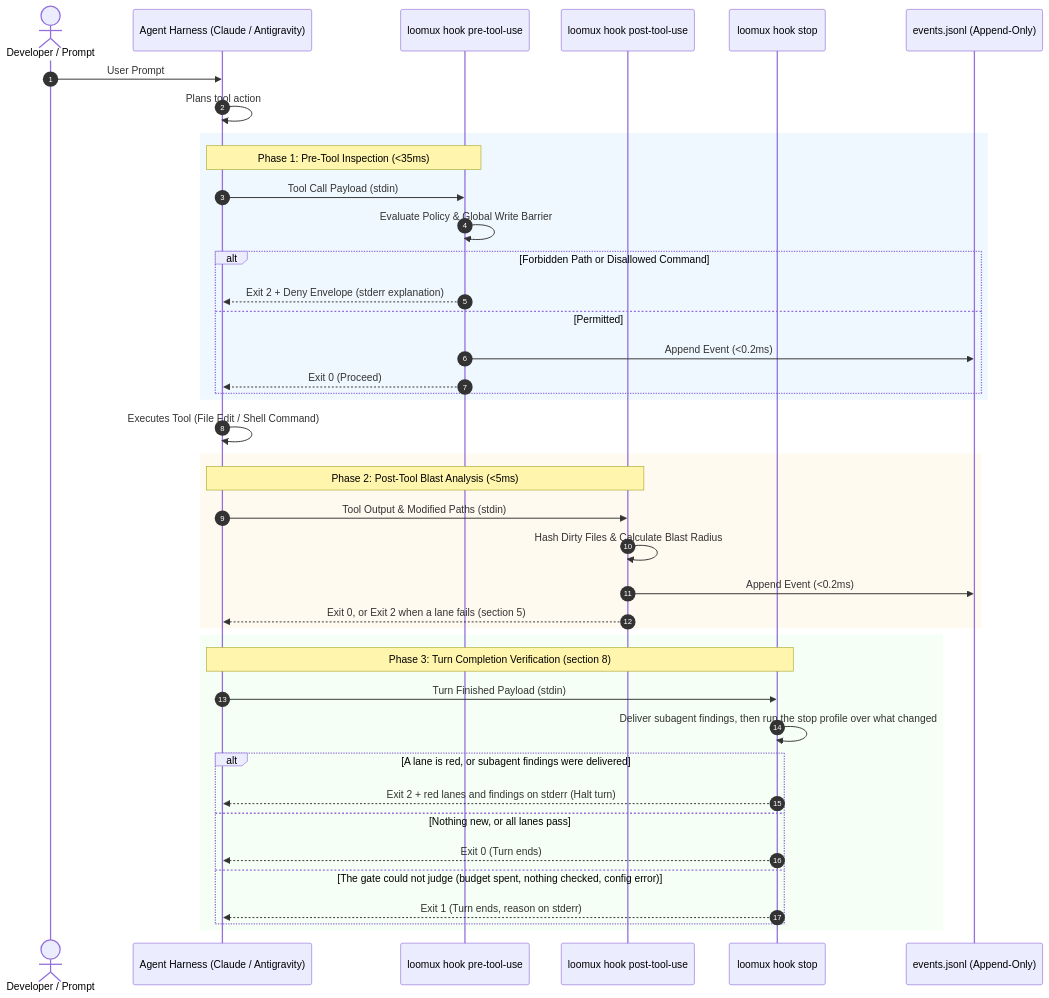
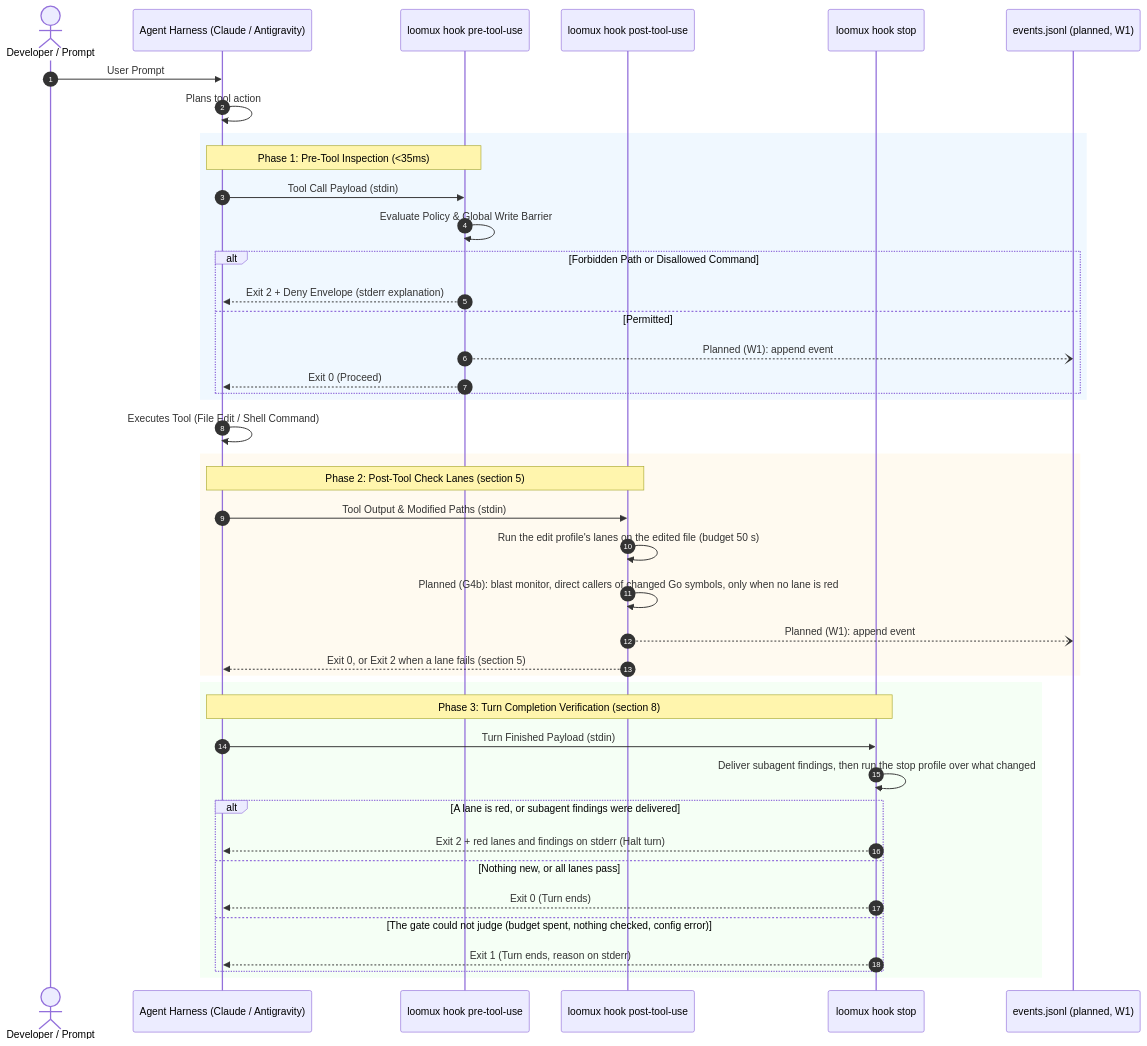
One commit to xidus90/loomux changed the first of 3 diagrams in docs/en/hooks.md. Above: the diagram before and after it, drawn with Mermaid. The commit also changed other lines of this file and 9 other files, not shown here.

````diff
--- a/docs/en/hooks.md
+++ b/docs/en/hooks.md
@@ -11,48 +11,49 @@
 ```mermaid
 sequenceDiagram
     autonumber
     actor Dev as Developer / Prompt
     participant Host as Agent Harness (Claude / Antigravity)
     participant Pre as loomux hook pre-tool-use
     participant Post as loomux hook post-tool-use
     participant Stop as loomux hook stop
-    participant Journal as events.jsonl (Append-Only)
+    participant Journal as events.jsonl (planned, W1)
 
     Dev->>Host: User Prompt
     Host->>Host: Plans tool action
 
     rect rgb(240, 248, 255)
     Note over Host,Pre: Phase 1: Pre-Tool Inspection (<35ms)
     Host->>Pre: Tool Call Payload (stdin)
     Pre->>Pre: Evaluate Policy & Global Write Barrier
     alt Forbidden Path or Disallowed Command
         Pre-->>Host: Exit 2 + Deny Envelope (stderr explanation)
     else Permitted
-        Pre->>Journal: Append Event (<0.2ms)
+        Pre--)Journal: Planned (W1): append event
         Pre-->>Host: Exit 0 (Proceed)
     end
     end
 
     Host->>Host: Executes Tool (File Edit / Shell Command)
 
     rect rgb(255, 250, 240)
-    Note over Host,Post: Phase 2: Post-Tool Blast Analysis (<5ms)
+    Note over Host,Post: Phase 2: Post-Tool Check Lanes (section 5)
     Host->>Post: Tool Output & Modified Paths (stdin)
-    Post->>Post: Hash Dirty Files & Calculate Blast Radius
-    Post->>Journal: Append Event (<0.2ms)
+    Post->>Post: Run the edit profile's lanes on the edited file (budget 50 s)
+    Post->>Post: Planned (G4b): blast monitor, direct callers of changed Go symbols, only when no lane is red
+    Post--)Journal: Planned (W1): append event
     Post-->>Host: Exit 0, or Exit 2 when a lane fails (section 5)
     end
 
     rect rgb(245, 255, 245)
     Note over Host,Stop: Phase 3: Turn Completion Verification (section 8)
     Host->>Stop: Turn Finished Payload (stdin)
     Stop->>Stop: Deliver subagent findings, then run the stop profile over what changed
     alt A lane is red, or subagent findings were delivered
         Stop-->>Host: Exit 2 + red lanes and findings on stderr (Halt turn)
     else Nothing new, or all lanes pass
         Stop-->>Host: Exit 0 (Turn ends)
     else The gate could not judge (budget spent, nothing checked, config error)
         Stop-->>Host: Exit 1 (Turn ends, reason on stderr)
     end
     end
 ```
````
